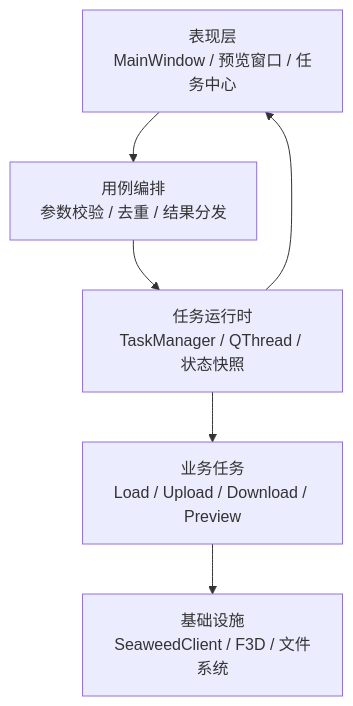
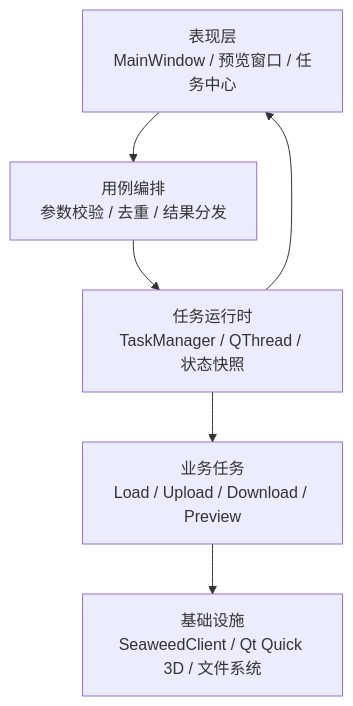
One commit to cossoledad/RESTFulSeaweedFSBrowser changed the first of 10 diagrams in README.md. Above: the diagram before and after it, drawn with Mermaid. The commit also changed other lines of this file and 8 other files, not shown here.

````diff
--- a/README.md
+++ b/README.md
@@ -93,14 +92,14 @@
 ```mermaid
 flowchart TB
     UI["表现层<br/>MainWindow / 预览窗口 / 任务中心"]
     Orchestrator["用例编排<br/>参数校验 / 去重 / 结果分发"]
     Runtime["任务运行时<br/>TaskManager / QThread / 状态快照"]
     Workers["业务任务<br/>Load / Upload / Download / Preview"]
-    Infra["基础设施<br/>SeaweedClient / F3D / 文件系统"]
+    Infra["基础设施<br/>SeaweedClient / Qt Quick 3D / 文件系统"]
 
     UI --> Orchestrator
     Orchestrator --> Runtime
     Runtime --> Workers
     Workers --> Infra
     Runtime --> UI
 ```
````
